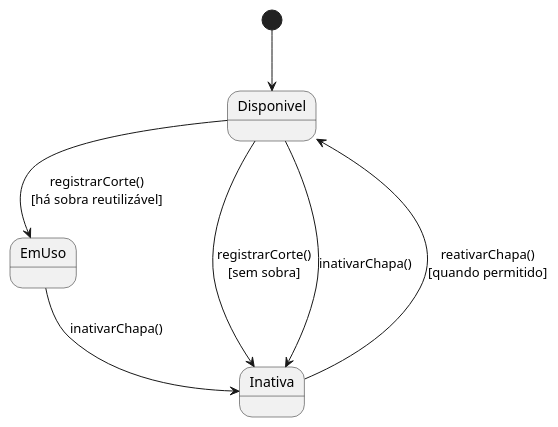
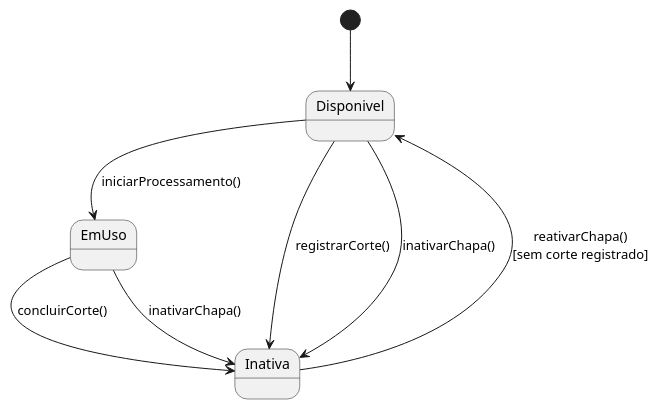
Before and after one commit to WlFerrari/TetusManager: the second of 13 diagrams in diagramas/MODELO_FUNCIONAL_OFICIAL_V1_2.md, drawn with PlantUML. The commit also changed other lines of this file, not shown here.

Commit message:
Alinhar diagramas ao consumo da chapa após corte

````diff
--- a/diagramas/MODELO_FUNCIONAL_OFICIAL_V1_2.md
+++ b/diagramas/MODELO_FUNCIONAL_OFICIAL_V1_2.md
@@ -43,10 +43,11 @@
 ```plantuml
 @startuml
 [*] --> Disponivel
-Disponivel --> EmUso : registrarCorte()\n[há sobra reutilizável]
-Disponivel --> Inativa : registrarCorte()\n[sem sobra]
+Disponivel --> EmUso : iniciarProcessamento()
+Disponivel --> Inativa : registrarCorte()
 Disponivel --> Inativa : inativarChapa()
+EmUso --> Inativa : concluirCorte()
 EmUso --> Inativa : inativarChapa()
-Inativa --> Disponivel : reativarChapa()\n[quando permitido]
+Inativa --> Disponivel : reativarChapa()\n[sem corte registrado]
 @enduml
 ```
````
